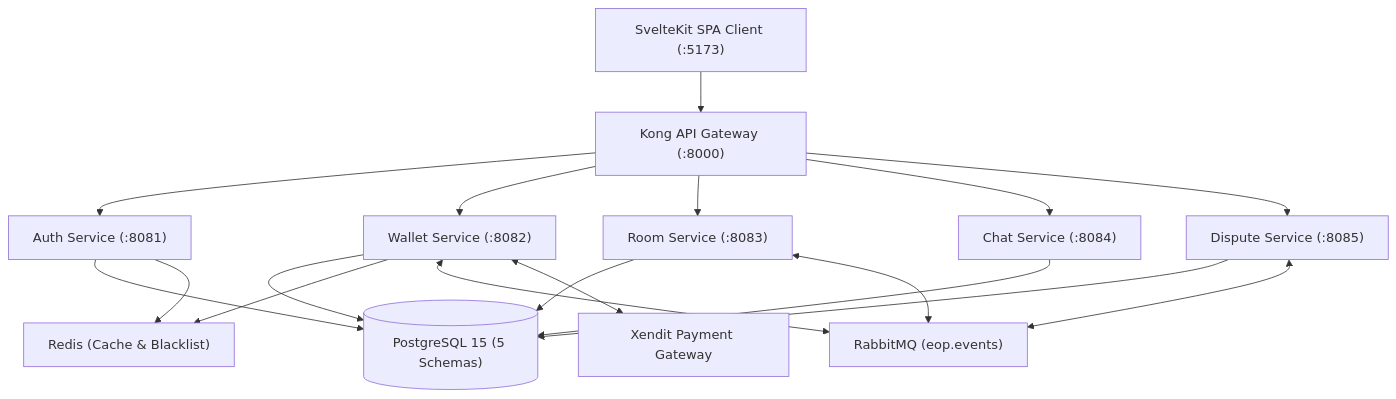
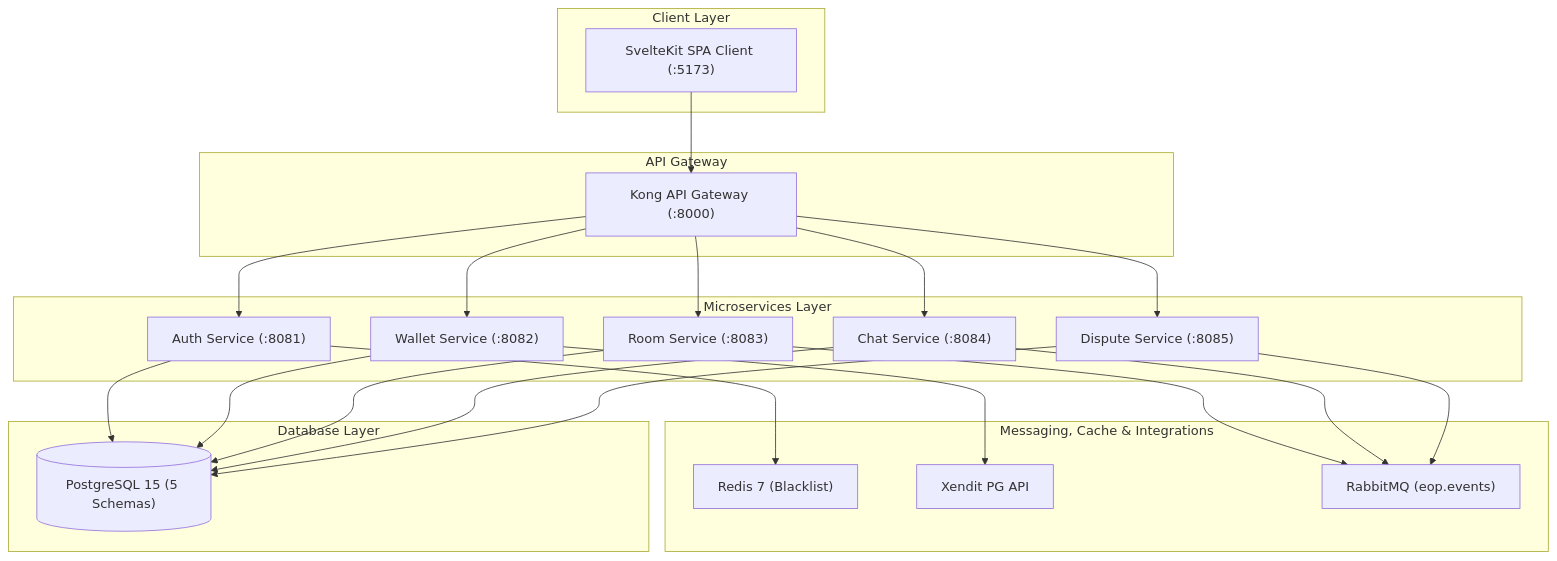
One commit to RichkyRahmadan/Eyes-Of-Priestess-V2 changed the first of 2 diagrams in README.md. Above: the diagram before and after it, drawn with Mermaid. The commit also changed other lines of this file and 1 other file, not shown here.

Commit message:
docs: regenerate Mermaid flowcharts with strict single-direction zero-crossing layout

````diff
--- a/README.md
+++ b/README.md
@@ -197,21 +197,41 @@
 ```mermaid
-flowchart TB
-    CLIENT["SvelteKit SPA Client (:5173)"]
-    GATEWAY["Kong API Gateway (:8000)"]
-    AUTH["Auth Service (:8081)"]
-    WALLET["Wallet Service (:8082)"]
-    ROOM["Room Service (:8083)"]
-    CHAT["Chat Service (:8084)"]
-    DISPUTE["Dispute Service (:8085)"]
-    RABBIT["RabbitMQ (eop.events)"]
-    REDIS["Redis (Cache & Blacklist)"]
-    PG[("PostgreSQL 15 (5 Schemas)")]
-    XENDIT["Xendit Payment Gateway"]
+flowchart TD
+    subgraph T1["Client Layer"]
+        CLIENT["SvelteKit SPA Client (:5173)"]
+    end
+    subgraph T2["API Gateway"]
+        GATEWAY["Kong API Gateway (:8000)"]
+    end
+    subgraph T3["Microservices Layer"]
+        AUTH["Auth Service (:8081)"]
+        WALLET["Wallet Service (:8082)"]
+        ROOM["Room Service (:8083)"]
+        CHAT["Chat Service (:8084)"]
+        DISPUTE["Dispute Service (:8085)"]
+    end
+    subgraph T4["Messaging, Cache & Integrations"]
+        REDIS["Redis 7 (Blacklist)"]
+        XENDIT["Xendit PG API"]
+        RABBIT["RabbitMQ (eop.events)"]
+    end
+    subgraph T5["Database Layer"]
+        PG[("PostgreSQL 15 (5 Schemas)")]
+    end
 
     CLIENT --> GATEWAY
-    GATEWAY --> AUTH & WALLET & ROOM & CHAT & DISPUTE
-    AUTH & WALLET & ROOM & CHAT & DISPUTE --> PG
-    AUTH & WALLET --> REDIS
-    ROOM & DISPUTE & WALLET <--> RABBIT
-    WALLET <--> XENDIT
+    GATEWAY --> AUTH
+    GATEWAY --> WALLET
+    GATEWAY --> ROOM
+    GATEWAY --> CHAT
+    GATEWAY --> DISPUTE
+    AUTH --> REDIS
+    WALLET --> XENDIT
+    ROOM --> RABBIT
+    CHAT --> RABBIT
+    DISPUTE --> RABBIT
+    AUTH --> PG
+    WALLET --> PG
+    ROOM --> PG
+    CHAT --> PG
+    DISPUTE --> PG
 ```
````
